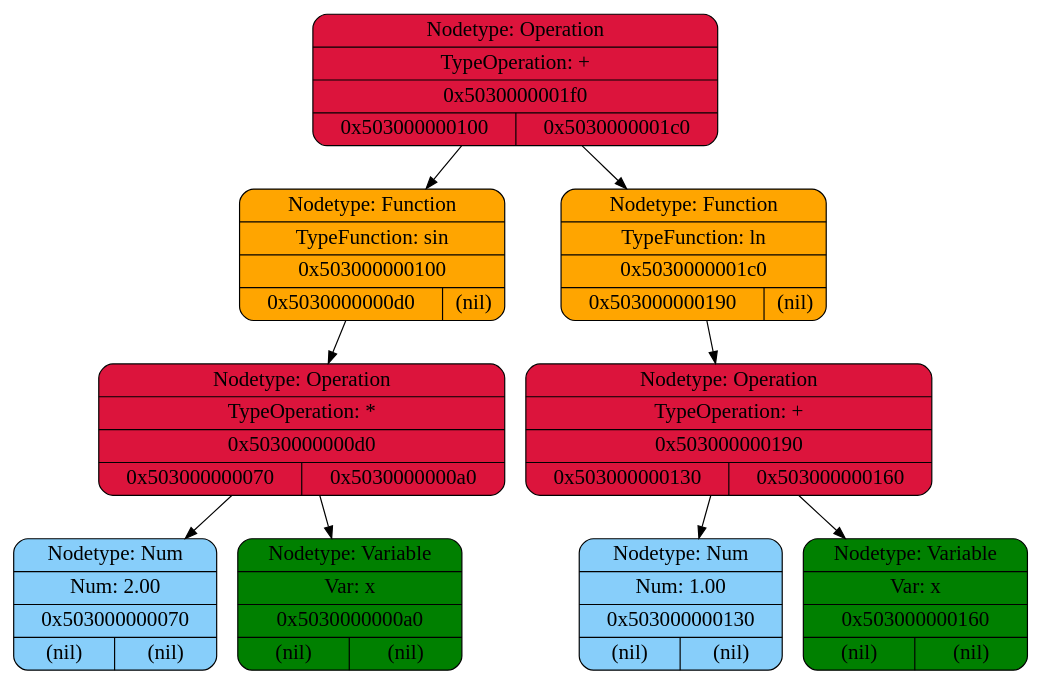
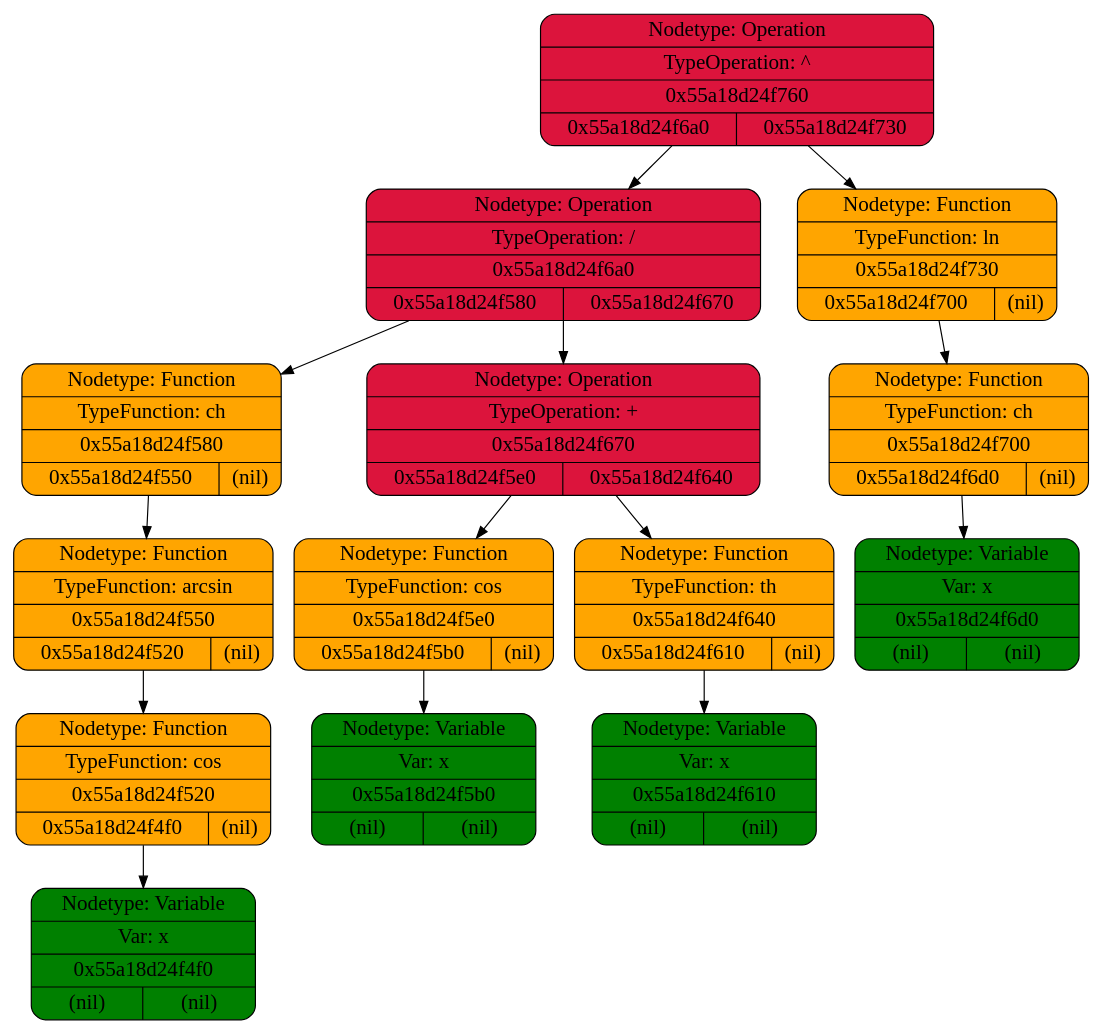
One commit to Rustic-soul/Differentiator changed the diagram in images/dot/exp.dot. Above: the diagram before and after it, drawn with Graphviz. The commit also changed 868 other files, not shown here.

```diff
--- a/images/dot/exp.dot
+++ b/images/dot/exp.dot
@@ -1,19 +1,29 @@
 digraph {
-	"0x5030000001f0" [label = "{ Nodetype: Operation | TypeOperation: + | 0x5030000001f0 | { 0x503000000100 | 0x5030000001c0 } }", fontsize = 18, style = filled, fillcolor = crimson, shape = Mrecord]
-	"0x5030000001f0" -> "0x503000000100"
-	"0x503000000100" [label = "{ Nodetype: Function | TypeFunction: sin | 0x503000000100 | { 0x5030000000d0 | (nil) } }", fontsize = 18, style = filled, fillcolor = orange, shape = Mrecord]
-	"0x503000000100" -> "0x5030000000d0"
-	"0x5030000000d0" [label = "{ Nodetype: Operation | TypeOperation: * | 0x5030000000d0 | { 0x503000000070 | 0x5030000000a0 } }", fontsize = 18, style = filled, fillcolor = crimson, shape = Mrecord]
-	"0x5030000000d0" -> "0x503000000070"
-	"0x503000000070" [label = "{ Nodetype: Num | Num: 2.00 | 0x503000000070 | { (nil) | (nil) } }", fontsize = 18, style = filled, fillcolor = lightskyblue, shape = Mrecord]
-	"0x5030000000d0" -> "0x5030000000a0"
-	"0x5030000000a0" [label = "{ Nodetype: Variable | Var: x | 0x5030000000a0 | { (nil) | (nil) } }", fontsize = 18, style = filled, fillcolor = green, shape = Mrecord]
-	"0x5030000001f0" -> "0x5030000001c0"
-	"0x5030000001c0" [label = "{ Nodetype: Function | TypeFunction: ln | 0x5030000001c0 | { 0x503000000190 | (nil) } }", fontsize = 18, style = filled, fillcolor = orange, shape = Mrecord]
-	"0x5030000001c0" -> "0x503000000190"
-	"0x503000000190" [label = "{ Nodetype: Operation | TypeOperation: + | 0x503000000190 | { 0x503000000130 | 0x503000000160 } }", fontsize = 18, style = filled, fillcolor = crimson, shape = Mrecord]
-	"0x503000000190" -> "0x503000000130"
-	"0x503000000130" [label = "{ Nodetype: Num | Num: 1.00 | 0x503000000130 | { (nil) | (nil) } }", fontsize = 18, style = filled, fillcolor = lightskyblue, shape = Mrecord]
-	"0x503000000190" -> "0x503000000160"
-	"0x503000000160" [label = "{ Nodetype: Variable | Var: x | 0x503000000160 | { (nil) | (nil) } }", fontsize = 18, style = filled, fillcolor = green, shape = Mrecord]
+	"0x55a18d24f760" [label = "{ Nodetype: Operation | TypeOperation: ^ | 0x55a18d24f760 | { 0x55a18d24f6a0 | 0x55a18d24f730 } }", fontsize = 18, style = filled, fillcolor = crimson, shape = Mrecord]
+	"0x55a18d24f760" -> "0x55a18d24f6a0"
+	"0x55a18d24f6a0" [label = "{ Nodetype: Operation | TypeOperation: / | 0x55a18d24f6a0 | { 0x55a18d24f580 | 0x55a18d24f670 } }", fontsize = 18, style = filled, fillcolor = crimson, shape = Mrecord]
+	"0x55a18d24f6a0" -> "0x55a18d24f580"
+	"0x55a18d24f580" [label = "{ Nodetype: Function | TypeFunction: ch | 0x55a18d24f580 | { 0x55a18d24f550 | (nil) } }", fontsize = 18, style = filled, fillcolor = orange, shape = Mrecord]
+	"0x55a18d24f580" -> "0x55a18d24f550"
+	"0x55a18d24f550" [label = "{ Nodetype: Function | TypeFunction: arcsin | 0x55a18d24f550 | { 0x55a18d24f520 | (nil) } }", fontsize = 18, style = filled, fillcolor = orange, shape = Mrecord]
+	"0x55a18d24f550" -> "0x55a18d24f520"
+	"0x55a18d24f520" [label = "{ Nodetype: Function | TypeFunction: cos | 0x55a18d24f520 | { 0x55a18d24f4f0 | (nil) } }", fontsize = 18, style = filled, fillcolor = orange, shape = Mrecord]
+	"0x55a18d24f520" -> "0x55a18d24f4f0"
+	"0x55a18d24f4f0" [label = "{ Nodetype: Variable | Var: x | 0x55a18d24f4f0 | { (nil) | (nil) } }", fontsize = 18, style = filled, fillcolor = green, shape = Mrecord]
+	"0x55a18d24f6a0" -> "0x55a18d24f670"
+	"0x55a18d24f670" [label = "{ Nodetype: Operation | TypeOperation: + | 0x55a18d24f670 | { 0x55a18d24f5e0 | 0x55a18d24f640 } }", fontsize = 18, style = filled, fillcolor = crimson, shape = Mrecord]
+	"0x55a18d24f670" -> "0x55a18d24f5e0"
+	"0x55a18d24f5e0" [label = "{ Nodetype: Function | TypeFunction: cos | 0x55a18d24f5e0 | { 0x55a18d24f5b0 | (nil) } }", fontsize = 18, style = filled, fillcolor = orange, shape = Mrecord]
+	"0x55a18d24f5e0" -> "0x55a18d24f5b0"
+	"0x55a18d24f5b0" [label = "{ Nodetype: Variable | Var: x | 0x55a18d24f5b0 | { (nil) | (nil) } }", fontsize = 18, style = filled, fillcolor = green, shape = Mrecord]
+	"0x55a18d24f670" -> "0x55a18d24f640"
+	"0x55a18d24f640" [label = "{ Nodetype: Function | TypeFunction: th | 0x55a18d24f640 | { 0x55a18d24f610 | (nil) } }", fontsize = 18, style = filled, fillcolor = orange, shape = Mrecord]
+	"0x55a18d24f640" -> "0x55a18d24f610"
+	"0x55a18d24f610" [label = "{ Nodetype: Variable | Var: x | 0x55a18d24f610 | { (nil) | (nil) } }", fontsize = 18, style = filled, fillcolor = green, shape = Mrecord]
+	"0x55a18d24f760" -> "0x55a18d24f730"
+	"0x55a18d24f730" [label = "{ Nodetype: Function | TypeFunction: ln | 0x55a18d24f730 | { 0x55a18d24f700 | (nil) } }", fontsize = 18, style = filled, fillcolor = orange, shape = Mrecord]
+	"0x55a18d24f730" -> "0x55a18d24f700"
+	"0x55a18d24f700" [label = "{ Nodetype: Function | TypeFunction: ch | 0x55a18d24f700 | { 0x55a18d24f6d0 | (nil) } }", fontsize = 18, style = filled, fillcolor = orange, shape = Mrecord]
+	"0x55a18d24f700" -> "0x55a18d24f6d0"
+	"0x55a18d24f6d0" [label = "{ Nodetype: Variable | Var: x | 0x55a18d24f6d0 | { (nil) | (nil) } }", fontsize = 18, style = filled, fillcolor = green, shape = Mrecord]
 }
```
